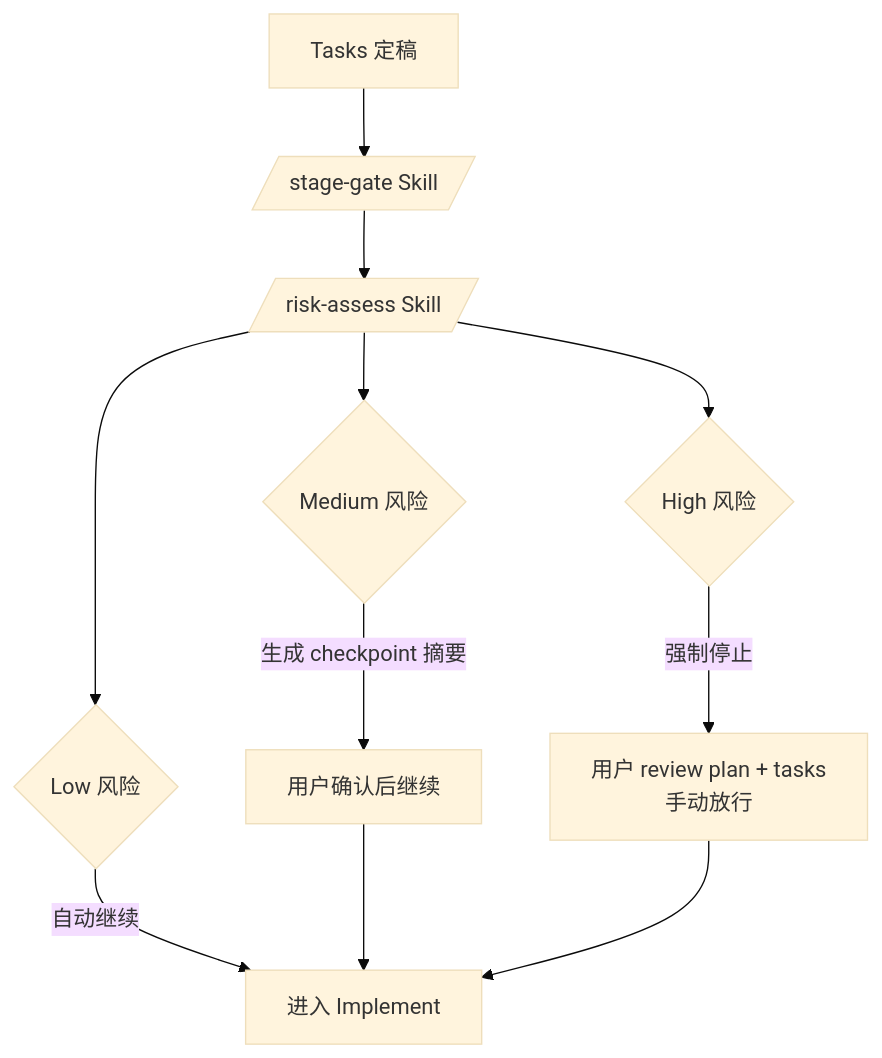
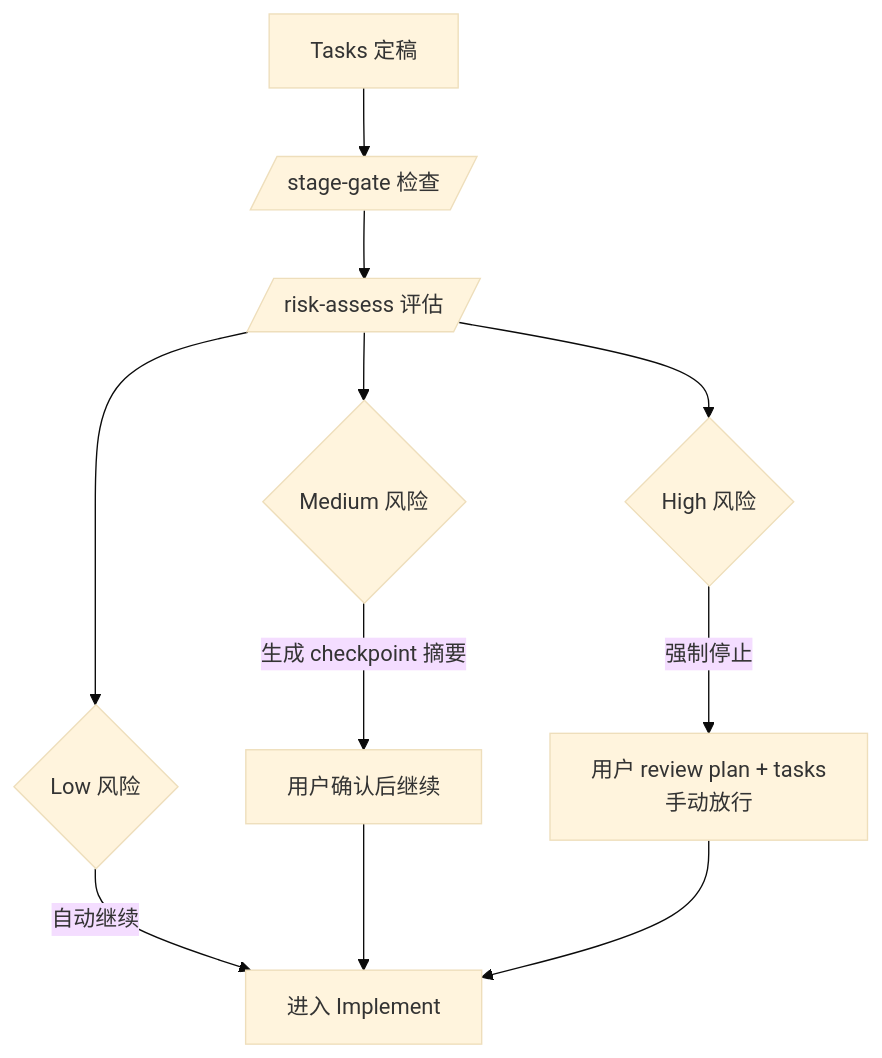
One commit to daydreamer258/opencode-sdd-pipeline changed the seventh of 7 diagrams in ARCHITECTURE.md. Above: the diagram before and after it, drawn with Mermaid (base theme). The commit also changed other lines of this file and 12 other files, not shown here.

````diff
--- a/ARCHITECTURE.md
+++ b/ARCHITECTURE.md
@@ -274,16 +284,16 @@
 ```mermaid
 flowchart TD
-    Tasks[Tasks 定稿] --> SG[/stage-gate Skill/]
-    SG --> RA[/risk-assess Skill/]
+    Tasks[Tasks 定稿] --> SG[/stage-gate 检查/]
+    SG --> RA[/risk-assess 评估/]
 
     RA --> Low{Low 风险}
     RA --> Med{Medium 风险}
     RA --> High{High 风险}
 
     Low -->|自动继续| Impl[进入 Implement]
     Med -->|生成 checkpoint 摘要| UserMed[用户确认后继续]
     High -->|强制停止| UserHigh[用户 review plan + tasks<br/>手动放行]
 
     UserMed --> Impl
     UserHigh --> Impl
 ```
````
